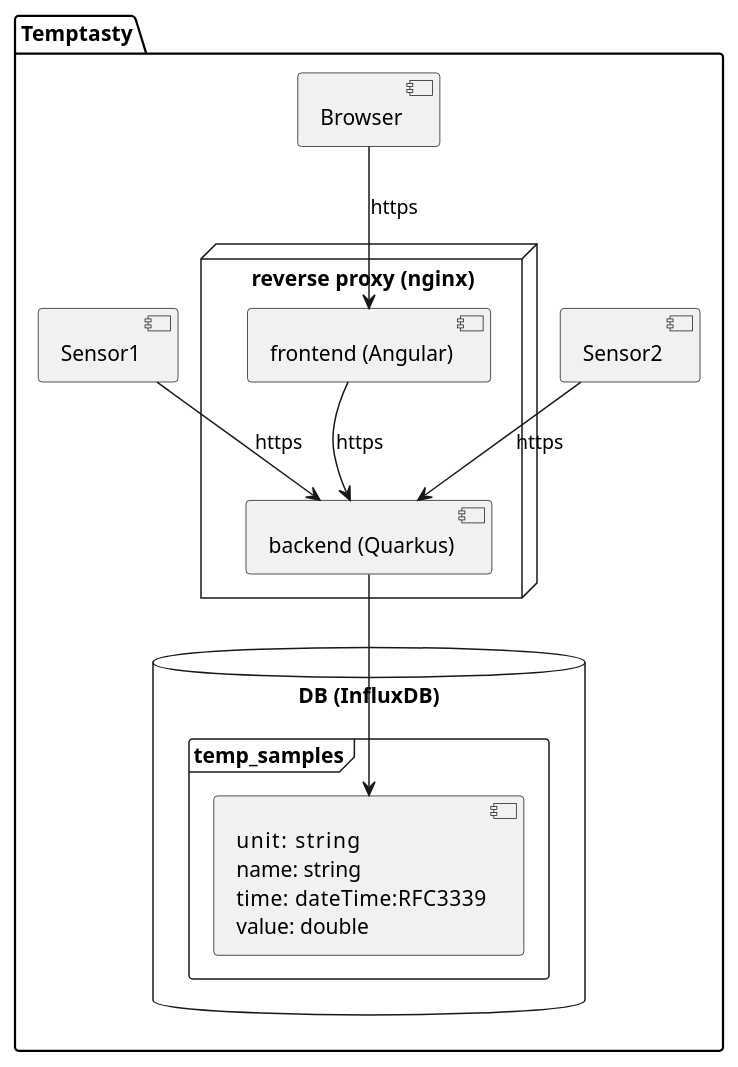
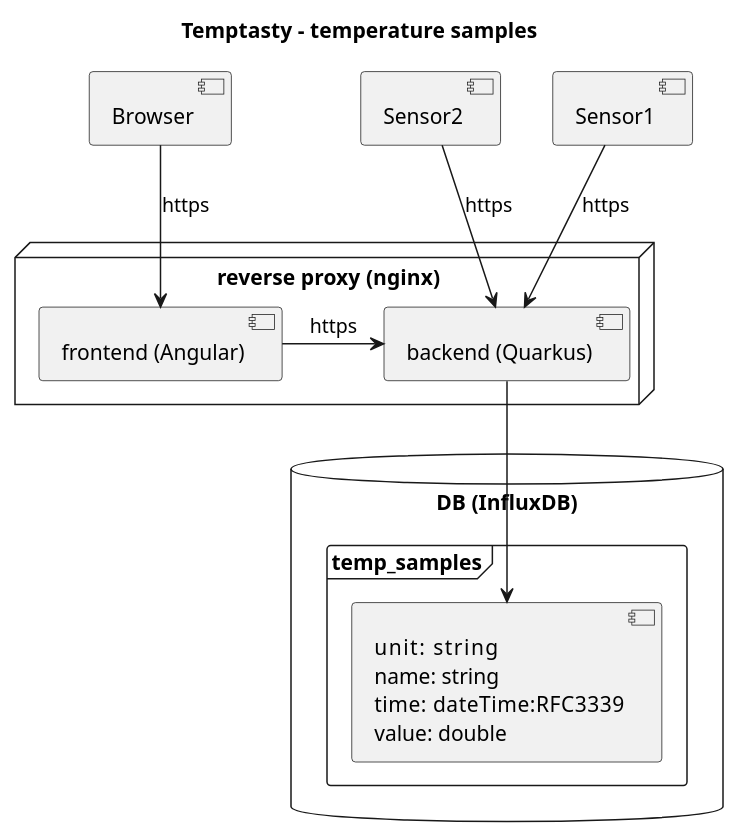
The diagram in README.md (d0ms0n/Temptasty), drawn with PlantUML before and after one commit. The commit also changed other lines of this file and 2 other files, not shown here.

````diff
--- a/README.md
+++ b/README.md
@@ -6,28 +15,28 @@
 ```plantuml
 @startuml
-package "Temptasty" {
+title Temptasty - temperature samples
 
   database "DB (InfluxDB)" {
     frame "temp_samples" {
       component comp1 [
         unit:    string
         name: string
         time:   dateTime:RFC3339
         value: double
       ]
     }
   }
   node "reverse proxy (nginx)" {
     [backend (Quarkus)] as backend
     [frontend (Angular)] as frontend
-    frontend --> backend : https
+    frontend -> backend : https
   }
   
   [Browser] --> frontend : https
   [backend] --> comp1
   [Sensor2] --> backend : https
   [Sensor1] --> backend : https
 
-}
+
 @enduml
 ```
````
